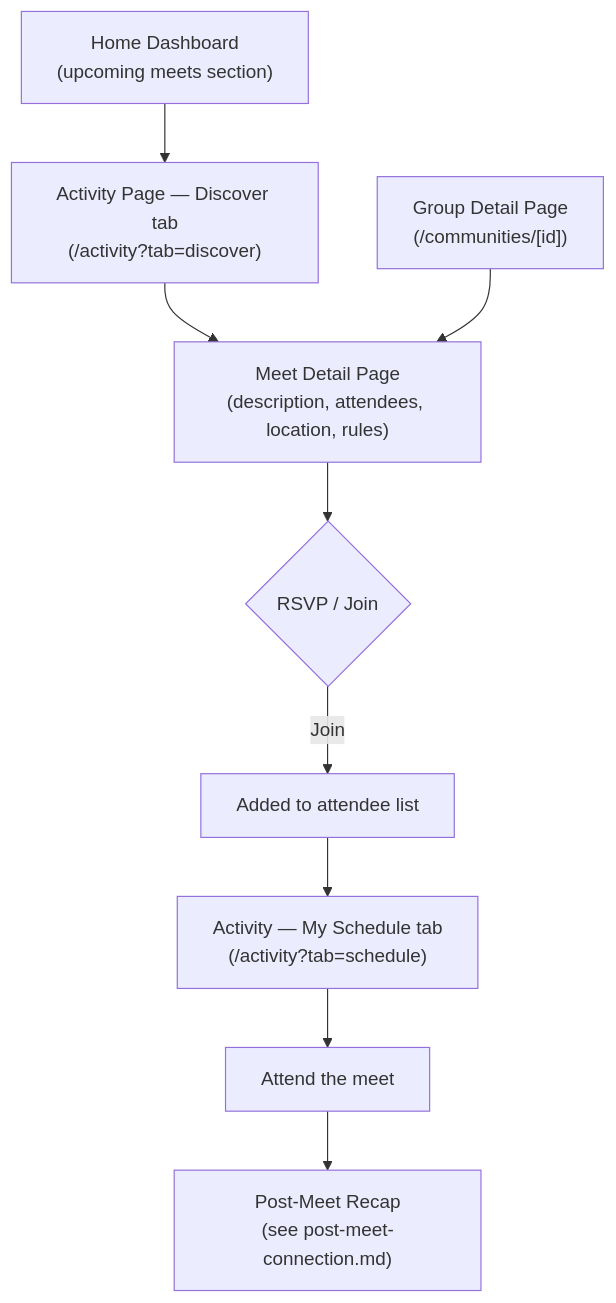
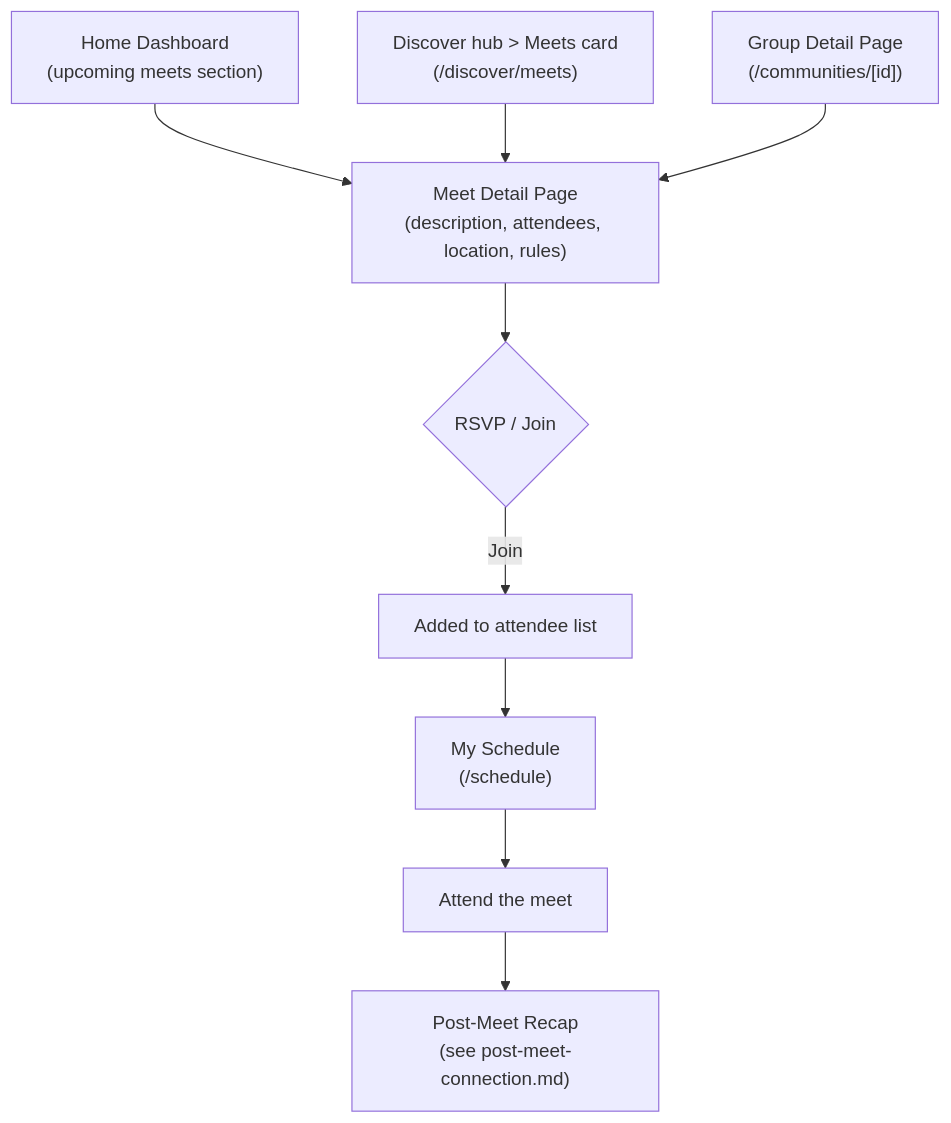
Before and after one commit to ShawnTalvacchia/doggo: the diagram in docs/flows/meet-discovery.md, drawn with Mermaid. The commit also changed other lines of this file and 48 other files, not shown here.

````diff
--- a/docs/flows/meet-discovery.md
+++ b/docs/flows/meet-discovery.md
@@ -10,12 +10,12 @@
 ```mermaid
 flowchart TD
-    A["Home Dashboard\n(upcoming meets section)"] --> B["Activity Page — Discover tab\n(/activity?tab=discover)"]
-    B --> C["Meet Detail Page\n(description, attendees, location, rules)"]
+    A["Home Dashboard\n(upcoming meets section)"] --> C
+    B["Discover hub > Meets card\n(/discover/meets)"] --> C["Meet Detail Page\n(description, attendees, location, rules)"]
     C --> D{"RSVP / Join"}
     D -->|Join| E["Added to attendee list"]
-    E --> F["Activity — My Schedule tab\n(/activity?tab=schedule)"]
+    E --> F["My Schedule\n(/schedule)"]
     F --> G["Attend the meet"]
     G --> H["Post-Meet Recap\n(see post-meet-connection.md)"]
 
     I["Group Detail Page\n(/communities/[id])"] --> C
 ```
````
